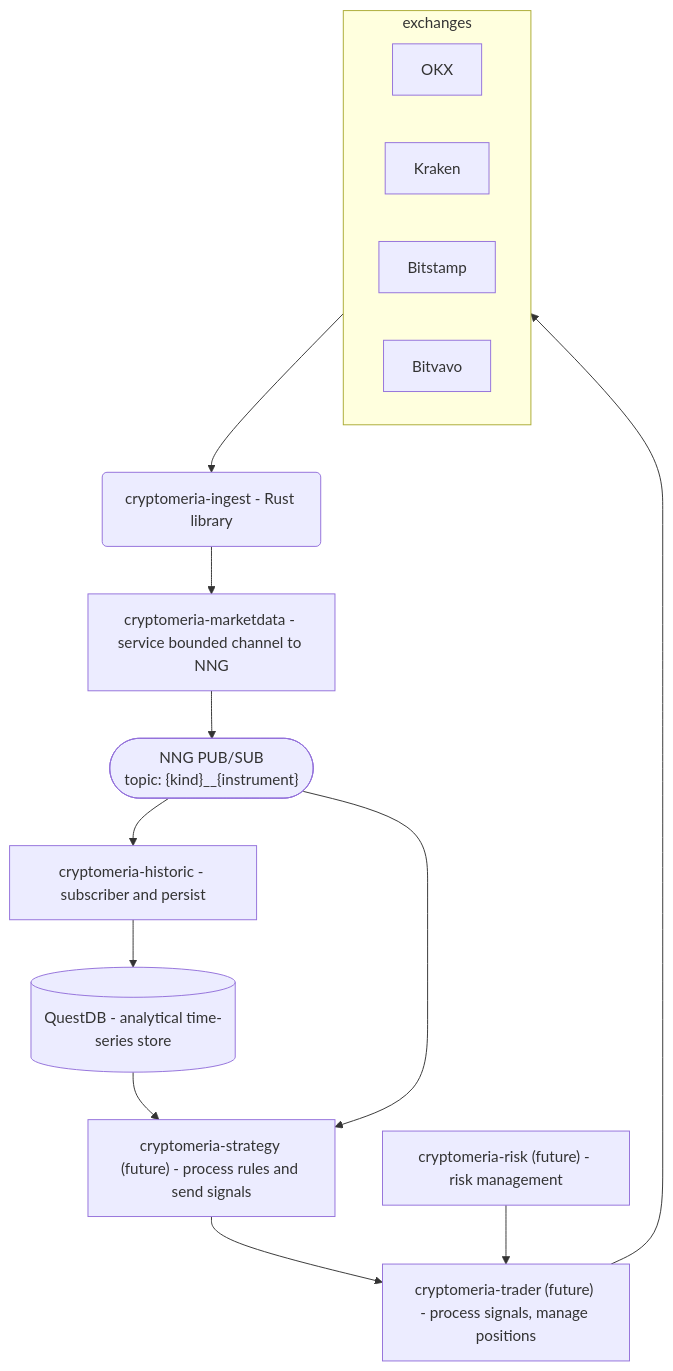
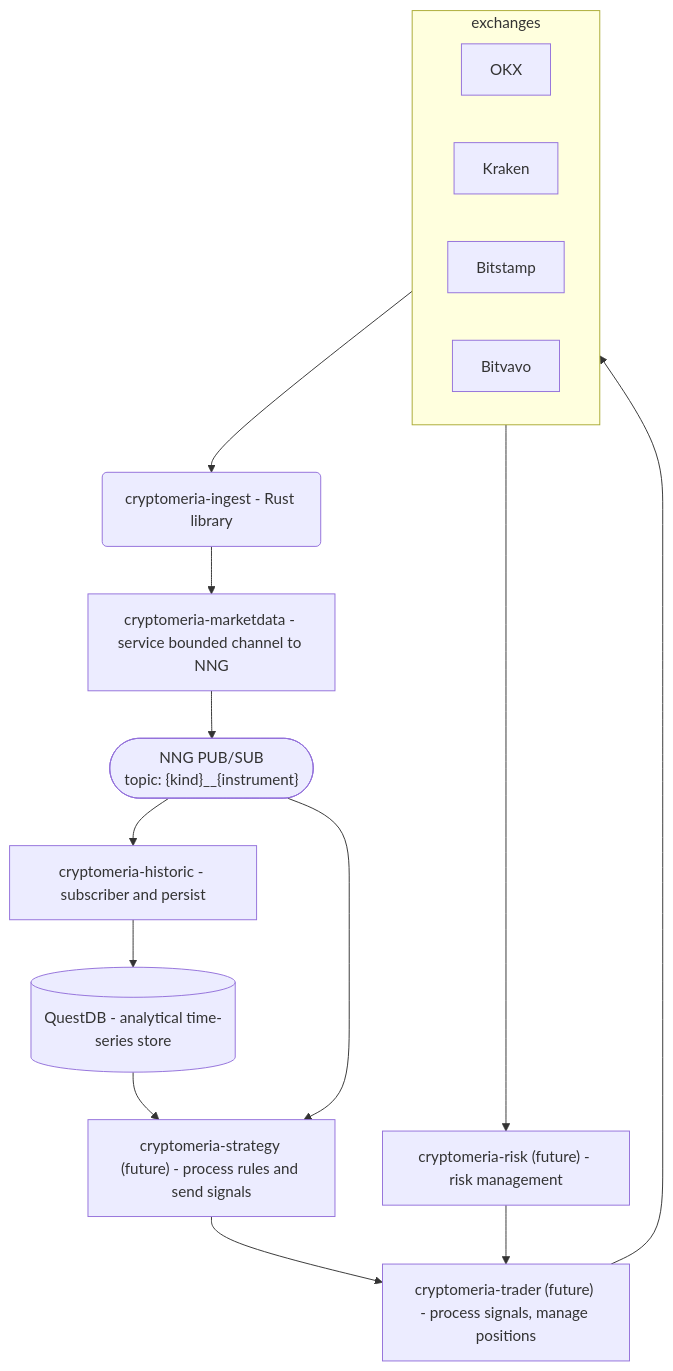
Before and after one commit to fibonsai/.github: the diagram in profile/README.md, drawn with Mermaid.

Commit message:
fix and improve README

````diff
--- a/profile/README.md
+++ b/profile/README.md
@@ -31,51 +31,52 @@
 ```mermaid
 flowchart TB
 
     subgraph exchanges
 
     %% Exchange feeds
     OKX["OKX"]
     Kraken["Kraken"]
     Bitstamp["Bitstamp"]
     Bitvavo["Bitvavo"]
 
     end
 
     %% Stage 1 - Ingest (library)
     ingest("cryptomeria-ingest - Rust library")
 
     %% Stage 2 - Marketdata (service)
     marketdata["cryptomeria-marketdata - service bounded channel to NNG"]
 
     %% NNG pub/sub broker
     nng(["NNG PUB/SUB<br/>topic: {kind}__{instrument}"])
 
     %% Stage 3 - Historic (subscriber)
     historic["cryptomeria-historic - subscriber and persist"]
 
     %% Analytical store
     questdb[("QuestDB - analytical time-series store")]
 
     %% Strategy
     strategy["cryptomeria-strategy (future) - process rules and send signals"]
 
     %% Trader
     trader["cryptomeria-trader (future) - process signals, manage positions"]
 
     %% Risk Management
     risk["cryptomeria-risk (future) - risk management"]
 
     exchanges --> ingest
     ingest --> marketdata
     marketdata --> nng
     nng --> historic
     historic --> questdb
     questdb --> strategy
     nng --> strategy
     strategy --> trader
+    exchanges --> risk
     risk --> trader
     trader --> exchanges
 
     class OKX,Kraken,Bitstamp,Bitvavo exchange
     class questdb store
 ```
````
